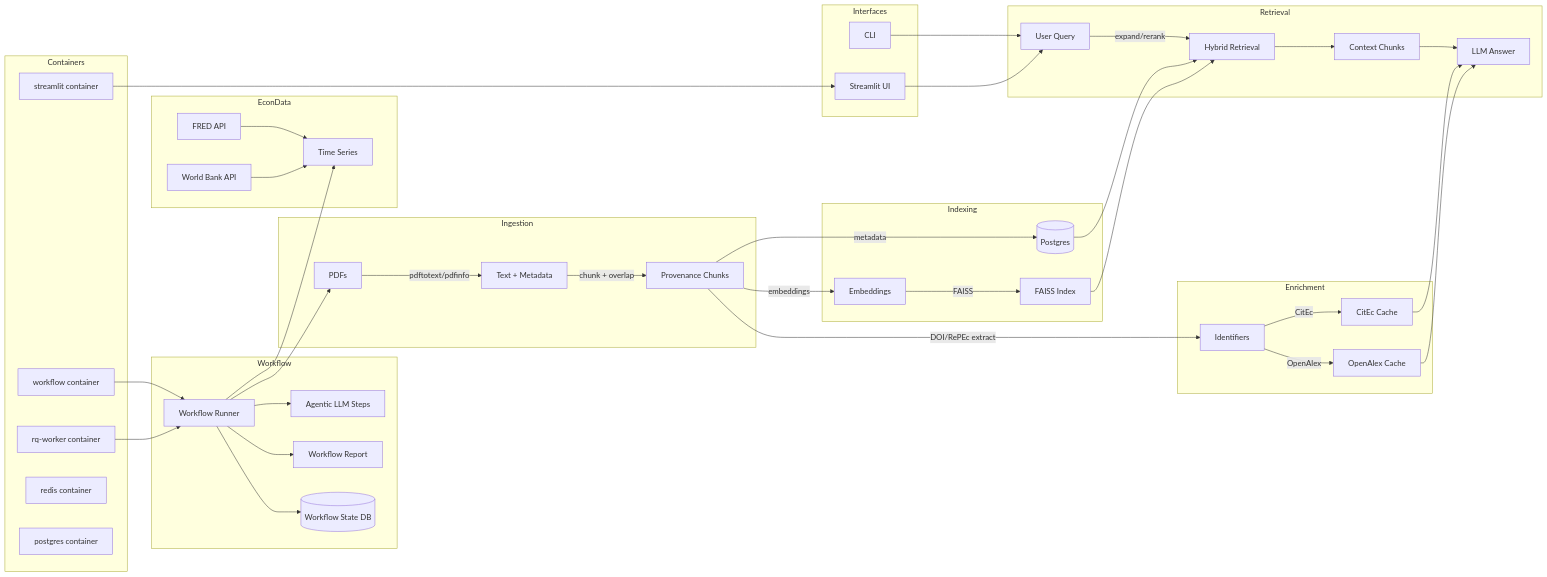
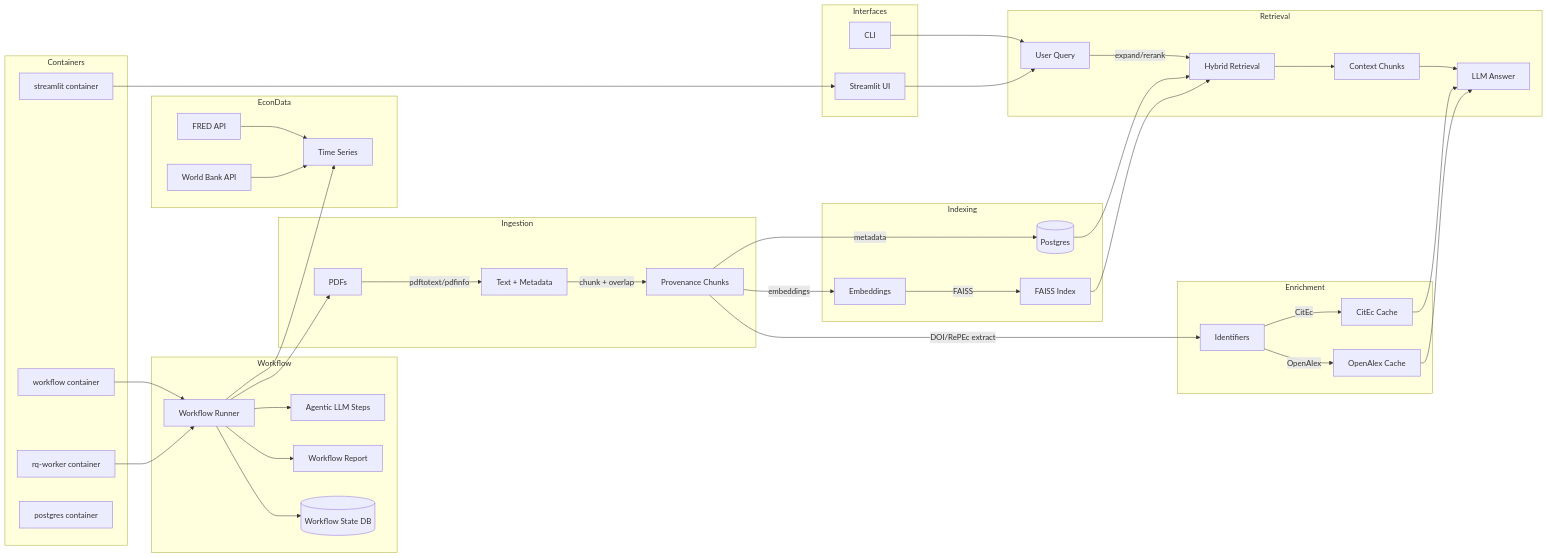
One commit to badbayesian/ragonometrics changed the diagram in docs/architecture/architecture.md. Above: the diagram before and after it, drawn with Mermaid. The commit also changed other lines of this file and 148 other files, not shown here.

````diff
--- a/docs/architecture/architecture.md
+++ b/docs/architecture/architecture.md
@@ -11,56 +11,55 @@
 ```mermaid
 flowchart LR
   subgraph Ingestion
     PDFs[PDFs] -->|pdftotext/pdfinfo| Extract[Text + Metadata]
     Extract -->|chunk + overlap| Chunks[Provenance Chunks]
   end
 
   subgraph Enrichment
     Chunks -->|DOI/RePEc extract| Ids[Identifiers]
     Ids -->|OpenAlex| OA[OpenAlex Cache]
     Ids -->|CitEc| CitEc[CitEc Cache]
   end
 
   subgraph Indexing
     Chunks -->|embeddings| Embeds[Embeddings]
     Embeds -->|FAISS| Faiss[FAISS Index]
     Chunks -->|metadata| PG[(Postgres)]
   end
 
   subgraph Retrieval
     Query[User Query] -->|expand/rerank| Retrieve[Hybrid Retrieval]
     Retrieve --> Context[Context Chunks]
     Context --> LLM[LLM Answer]
     OA --> LLM
     CitEc --> LLM
   end
 
   subgraph EconData
     FRED[FRED API] --> EconSeries[Time Series]
     WB[World Bank API] --> EconSeries
   end
 
   subgraph Workflow
     Runner[Workflow Runner] --> StateDB[(Workflow State DB)]
     Runner --> Report[Workflow Report]
     Runner --> Agentic[Agentic LLM Steps]
   end
 
   subgraph Interfaces
     CLI[CLI] --> Query
     UI[Streamlit UI] --> Query
   end
 
   subgraph Containers
     CUI[streamlit container] --> UI
     CWF[workflow container] --> Runner
     CRQ[rq-worker container] --> Runner
-    CRedis[redis container]
     CPG[postgres container]
   end
 
   PG --> Retrieve
   Faiss --> Retrieve
   Runner --> PDFs
   Runner --> EconSeries
 ```
````
